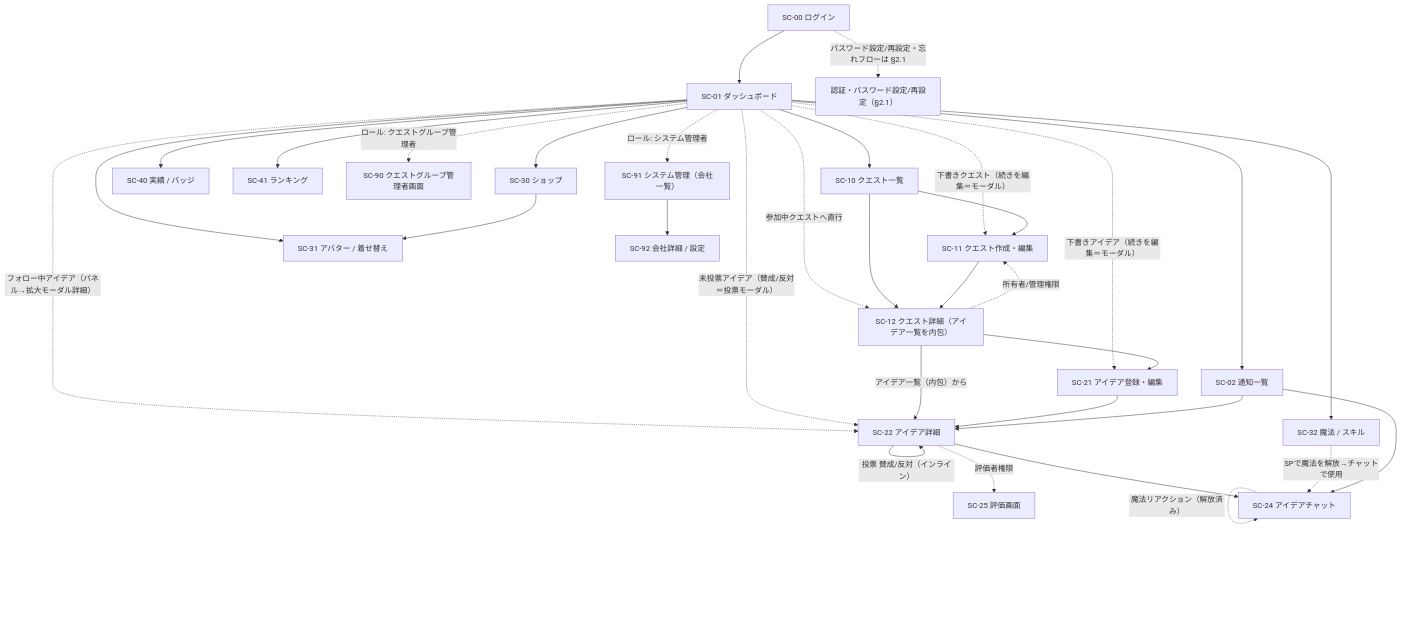
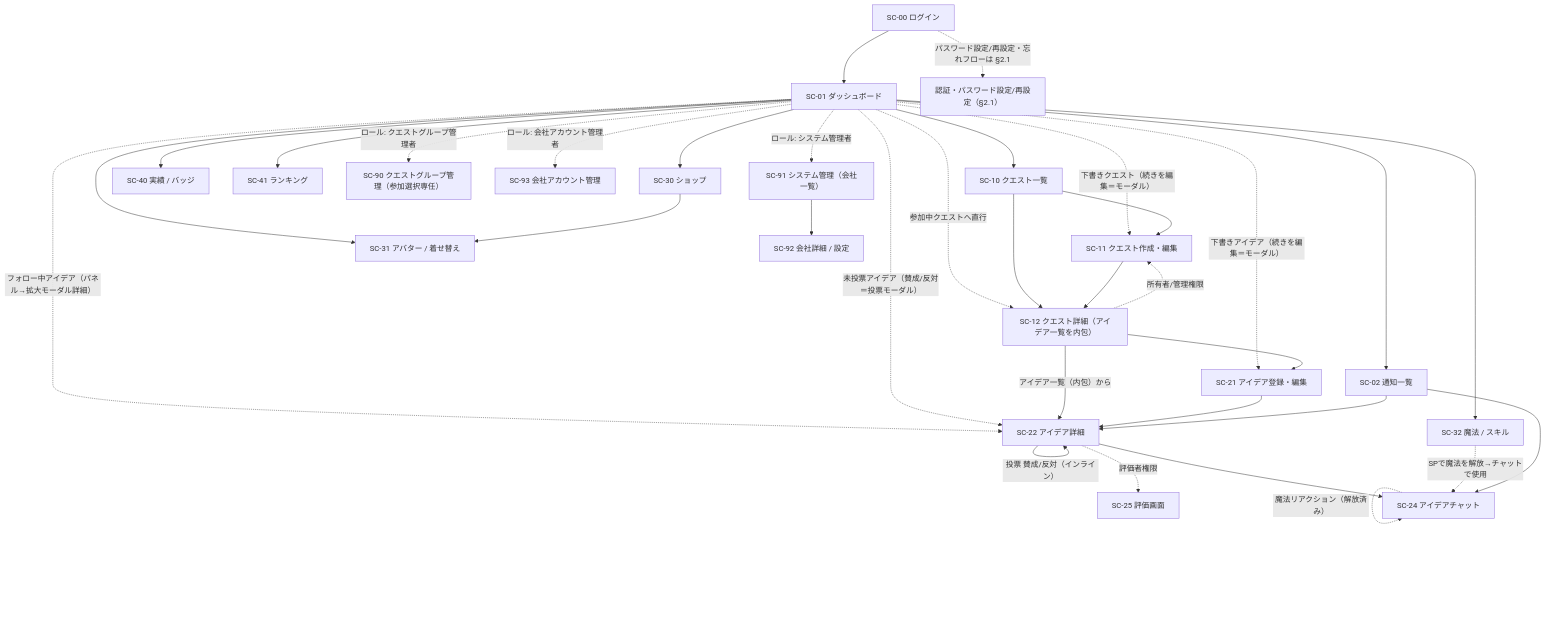
One commit to t-umekawa-sc/sc-ideaquest-G2 changed the first of 2 diagrams in doc/画面設計/画面遷移図.md. Above: the diagram before and after it, drawn with Mermaid. The commit also changed other lines of this file and 14 other files, not shown here.

````diff
--- a/doc/画面設計/画面遷移図.md
+++ b/doc/画面設計/画面遷移図.md
@@ -39,42 +40,43 @@
 ```mermaid
 flowchart TD
     LOGIN["SC-00 ログイン"] --> DASH["SC-01 ダッシュボード"]
     LOGIN -. "パスワード設定/再設定・忘れフローは §2.1" .-> AUTH["認証・パスワード設定/再設定（§2.1）"]
 
     DASH --> QLIST["SC-10 クエスト一覧"]
     DASH -. "参加中クエストへ直行" .-> QDETAIL["SC-12 クエスト詳細（アイデア一覧を内包）"]
     DASH -. "フォロー中アイデア（パネル→拡大モーダル詳細）" .-> IDETAIL["SC-22 アイデア詳細"]
     DASH -. "下書きクエスト（続きを編集＝モーダル）" .-> QNEW
     DASH -. "下書きアイデア（続きを編集＝モーダル）" .-> INEW
     DASH -. "未投票アイデア（賛成/反対＝投票モーダル）" .-> IDETAIL
     DASH --> SHOP["SC-30 ショップ"]
     DASH --> AVATAR["SC-31 アバター / 着せ替え"]
     DASH --> SPELL["SC-32 魔法 / スキル"]
     DASH --> NOTIF["SC-02 通知一覧"]
     DASH --> ACHIEVE["SC-40 実績 / バッジ"]
     DASH --> RANK["SC-41 ランキング"]
-    DASH -. "ロール: クエストグループ管理者" .-> QGADMIN["SC-90 クエストグループ管理者画面"]
+    DASH -. "ロール: クエストグループ管理者" .-> QGADMIN["SC-90 クエストグループ管理（参加選択専任）"]
+    DASH -. "ロール: 会社アカウント管理者" .-> ACCADMIN["SC-93 会社アカウント管理"]
     DASH -. "ロール: システム管理者" .-> SYSADMIN["SC-91 システム管理（会社一覧）"]
     SYSADMIN --> COMPANY["SC-92 会社詳細 / 設定"]
 
     QLIST --> QNEW["SC-11 クエスト作成・編集"]
     QLIST --> QDETAIL
     QNEW --> QDETAIL
 
     QDETAIL -->|"アイデア一覧（内包）から"| IDETAIL["SC-22 アイデア詳細"]
     QDETAIL --> INEW["SC-21 アイデア登録・編集"]
     QDETAIL -. "所有者/管理権限" .-> QNEW
     INEW --> IDETAIL
 
     IDETAIL -->|"投票 賛成/反対（インライン）"| IDETAIL
     IDETAIL --> CHAT["SC-24 アイデアチャット"]
     IDETAIL -. "評価者権限" .-> EVAL["SC-25 評価画面"]
 
     CHAT -. "魔法リアクション（解放済み）" .-> CHAT
     SPELL -. "SPで魔法を解放→チャットで使用" .-> CHAT
 
     SHOP --> AVATAR
 
     NOTIF --> IDETAIL
     NOTIF --> CHAT
 ```
````
